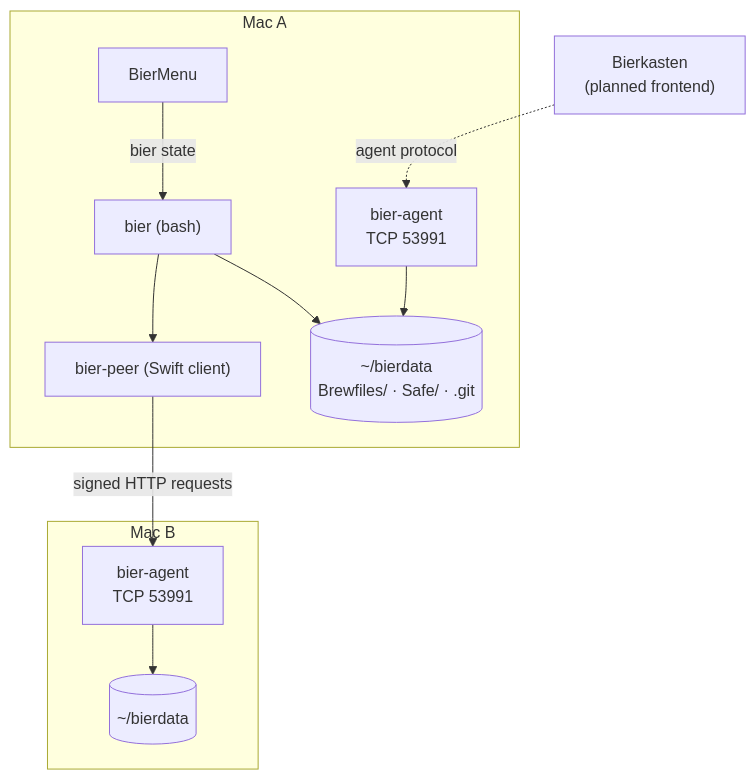
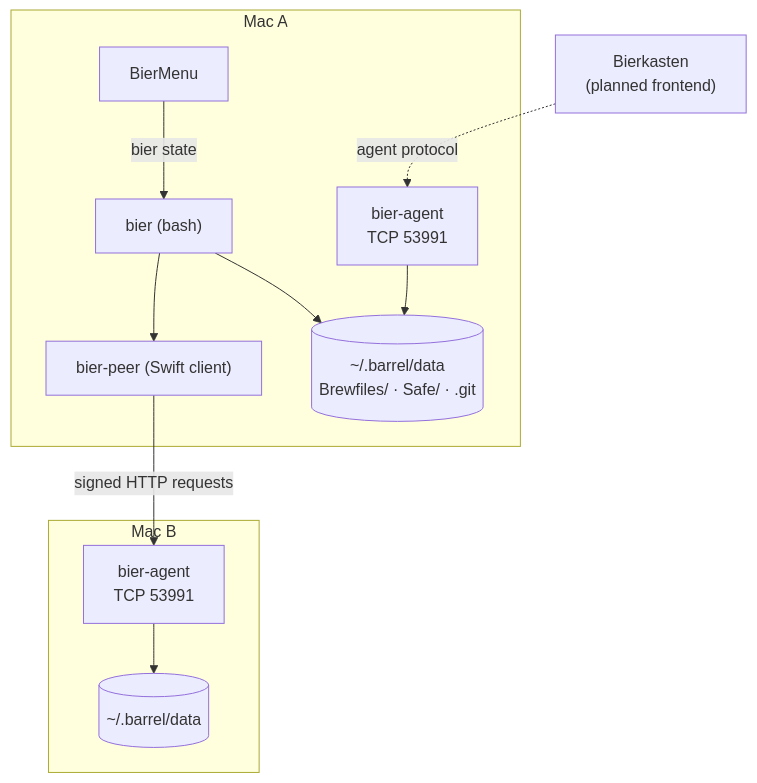
The first of 3 diagrams in docs/contributing/system-overview.md (MatthiasToberer/bierfile), drawn with Mermaid before and after one commit. The commit also changed other lines of this file and 24 other files, not shown here.

````diff
--- a/docs/contributing/system-overview.md
+++ b/docs/contributing/system-overview.md
@@ -23,21 +23,21 @@
 ```mermaid
 flowchart TB
     subgraph macA["Mac A"]
         cliA["bier (bash)"]
         peerA["bier-peer (Swift client)"]
         agentA["bier-agent<br/>TCP 53991"]
         menuA["BierMenu"]
-        dataA[("~/bierdata<br/>Brewfiles/ · Safe/ · .git")]
+        dataA[("~/.barrel/data<br/>Brewfiles/ · Safe/ · .git")]
         cliA --> peerA
         menuA -->|"bier state"| cliA
         cliA --> dataA
         agentA --> dataA
     end
     subgraph macB["Mac B"]
         agentB["bier-agent<br/>TCP 53991"]
-        dataB[("~/bierdata")]
+        dataB[("~/.barrel/data")]
         agentB --> dataB
     end
     peerA -->|"signed HTTP requests"| agentB
     kasten["Bierkasten<br/>(planned frontend)"] -.->|"agent protocol"| agentA
 ```
````
